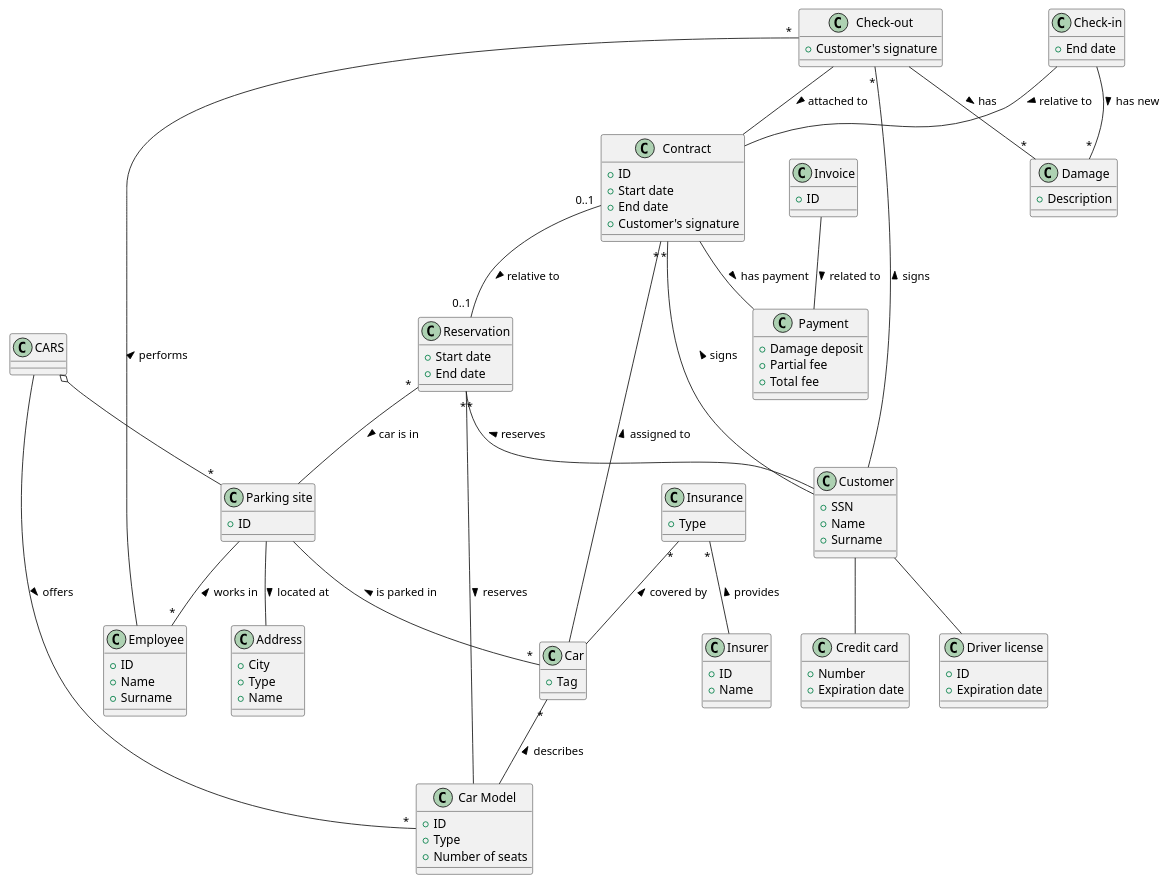
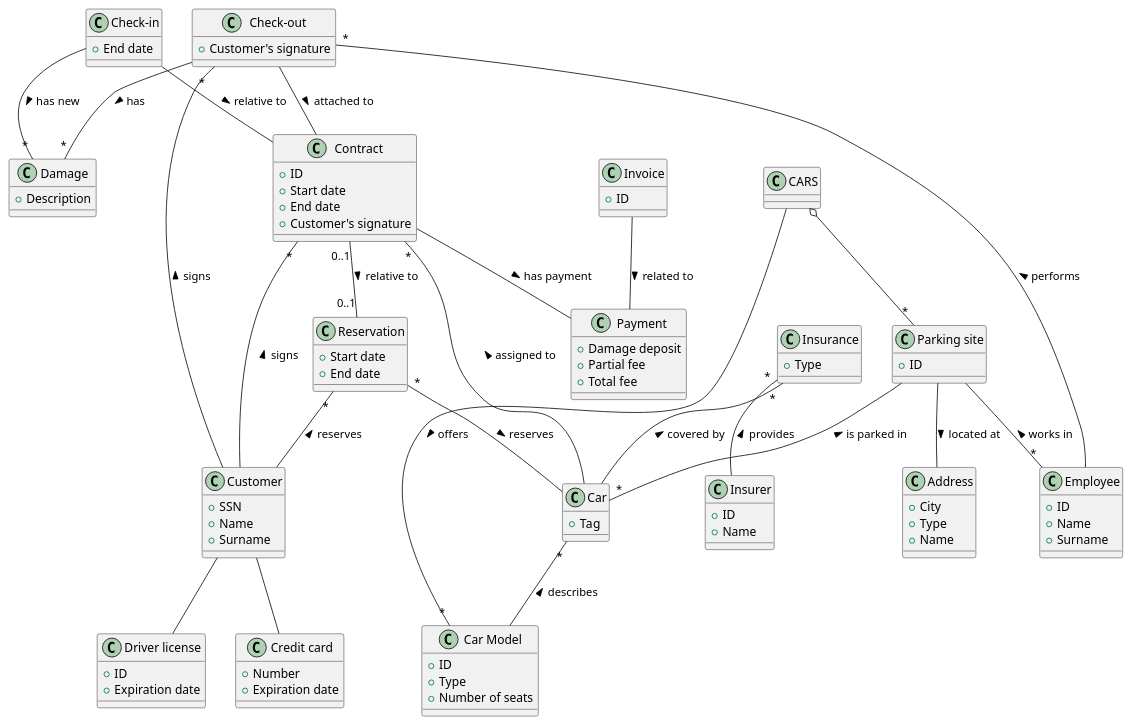
One commit to franco-ruggeri/polito-information-systems changed the diagram in car_rental/models/data_as_is.pu. Above: the diagram before and after it, drawn with PlantUML. The commit also changed 1 other file, not shown here.

Commit message:
Update data models for car rental
Simplify a little bit.

```diff
--- a/car_rental/models/data_as_is.pu
+++ b/car_rental/models/data_as_is.pu
@@ -1,95 +1,94 @@
 @startuml
 
 ' CARS company
 class CARS
 class "Parking site" as ParkingSite
 class Address
 class Employee
 class Car
 class "Car Model" as CarModel
 CARS o-- "*" ParkingSite
 CARS -- "*" CarModel : offers >
 ParkingSite -- "*" Car : is parked in <
 ParkingSite -- "*" Employee : works in <
 ParkingSite -- Address : located at >
 Car "*" -- CarModel : describes <
 Car : +Tag
 CarModel : +ID
 CarModel : +Type
 CarModel : +Number of seats
 ParkingSite : +ID
 Address : +City
 Address : +Type
 Address : +Name
 Employee : +ID
 Employee : +Name
 Employee : +Surname
 
 ' Insurances
 class Insurer
 class Insurance
 Insurance "*" -- Insurer : provides <
 Insurance "*" -- Car : covered by <
 Insurer : +ID
 Insurer : +Name
 Insurance : +Type
 
 ' Customer
 class Customer
 class "Driver license" as DriverLicense
 class "Credit card" as CreditCard
 Customer -- DriverLicense
 Customer -- CreditCard
 Customer : +SSN
 Customer : +Name
 Customer : +Surname
 DriverLicense : +ID
 DriverLicense : +Expiration date
 CreditCard : +Number
 CreditCard : +Expiration date
 
 ' Reservation
 class Reservation
 Reservation "*" -- Customer : reserves <
-Reservation "*" -- CarModel : reserves >
-Reservation "*" -- ParkingSite : car is in >
+Reservation "*" -- Car : reserves >
 Reservation : +Start date
 Reservation : +End date
 
 ' Check-out - Part 1
 class Contract
 class Payment
 Contract "*" -- Customer : signs <
 Contract "0..1" -- "0..1" Reservation : relative to >
 Contract -- Payment : has payment >
 Contract "*" -- Car : assigned to <
 Contract : +ID
 Contract : +Start date
 Contract : +End date
 Contract : +Customer's signature
 Payment : +Damage deposit
 Payment : +Partial fee
 Payment : +Total fee
 
 ' Check-out - Part 2
 class "Check-out" as Checkout
 class Damage
 Checkout -- Contract : attached to >
 Checkout -- "*" Damage : has >
 Checkout "*" -- Customer : signs <
 Checkout "*" -- Employee : performs <
 Checkout : +Customer's signature
 Damage : +Description
 
 ' Check-in
 class "Check-in" as Checkin
 Checkin -- Contract : relative to >
 Checkin -- "*" Damage : has new >
 Checkin : +End date
 
 ' Invoice
 class Invoice
 Invoice -- Payment : related to >
 Invoice : +ID
 
 @enduml
```
